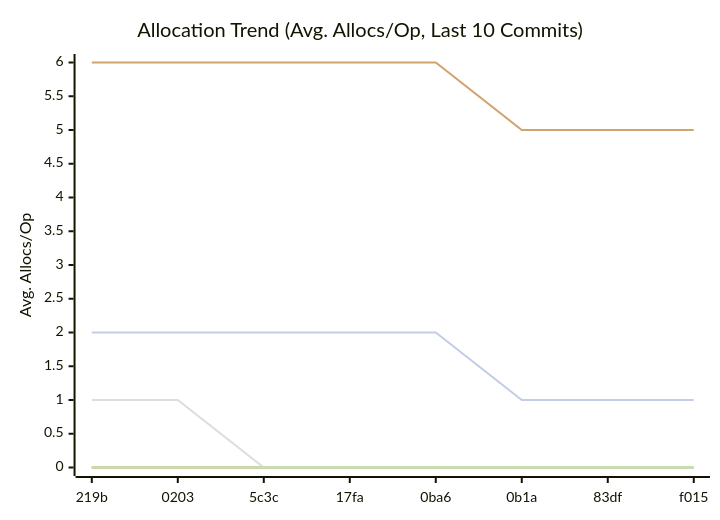
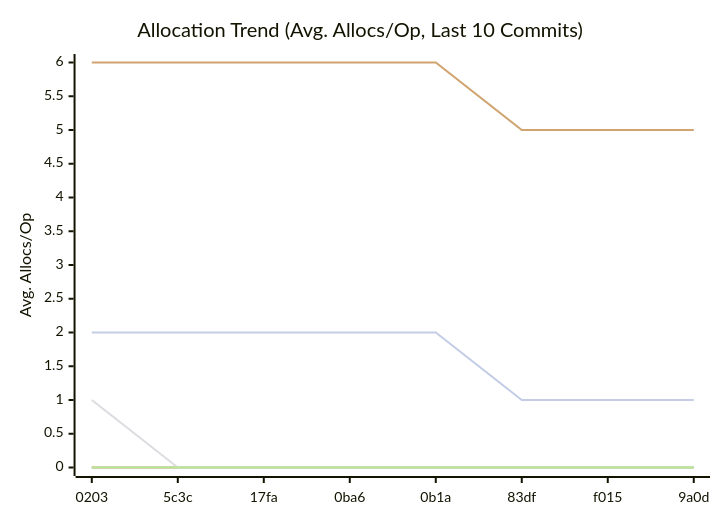
The third of 3 diagrams in docs/README.md (alsotoes/momo), drawn with Mermaid before and after one commit. The commit also changed other lines of this file and 1 other file, not shown here.

````diff
--- a/docs/README.md
+++ b/docs/README.md
@@ -218,14 +218,14 @@
 ```mermaid
 xychart-beta
     title "Allocation Trend (Avg. Allocs/Op, Last 10 Commits)"
     x-axis "Commit"
     y-axis "Avg. Allocs/Op"
-    x-axis [219b,0203,5c3c,17fa,0ba6,0b1a,83df,f015]
+    x-axis [0203,5c3c,17fa,0ba6,0b1a,83df,f015,9a0d]
     line "CheckMetricsAndSwap" [0,0,0,0,0,0,0,0,0,0]
     line "IndexDirectTracking" [0,0,0,0,0,0,0,0,0,0]
     line "IndexSearch" [0,0,0,0,0,0,0,0,0,0]
-    line "LoadGlobalConfig" [1,1,0,0,0,0,0,0,0,0]
+    line "LoadGlobalConfig" [1,0,0,0,0,0,0,0,0,0]
     line "PadString" [0,0,0,0,0,0,0,0,0,0]
     line "ParseReplicationOrder_NoPrealloc" [6,6,6,6,6,5,5,5,5,5]
     line "ParseReplicationOrder_Prealloc" [2,2,2,2,2,1,1,1,1,1]
 ```
````
